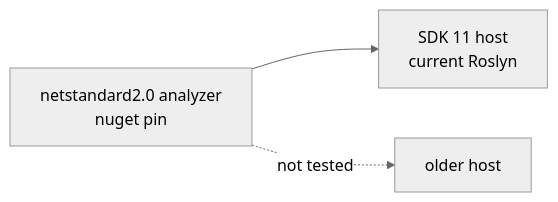
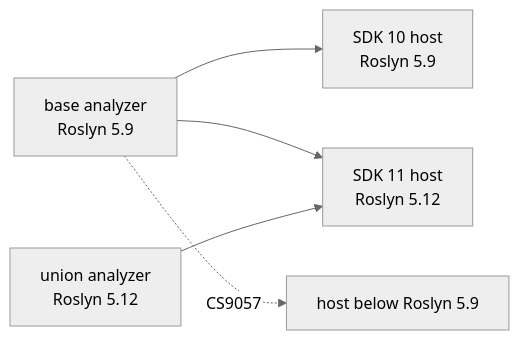
The diagram in lode/dotnet/net11-upgrade.md (e128/dotnet-reference), drawn with Mermaid (neutral theme) before and after one commit. The commit also changed other lines of this file and 30 other files, not shown here.

First line of the commit message:
feat(analyzers): split union rules into a Roslyn 5.12 assembly (#187)

````diff
--- a/lode/dotnet/net11-upgrade.md
+++ b/lode/dotnet/net11-upgrade.md
@@ -51,5 +54,7 @@
 ```mermaid
 flowchart LR
-    A[netstandard2.0 analyzer<br/>nuget pin] --> B[SDK 11 host<br/>current Roslyn]
-    A -.->|not tested| C[older host]
+    A[base analyzer<br/>Roslyn 5.9] --> B[SDK 10 host<br/>Roslyn 5.9]
+    A --> C[SDK 11 host<br/>Roslyn 5.12]
+    U[union analyzer<br/>Roslyn 5.12] --> C
+    A -.->|CS9057| D[host below Roslyn 5.9]
 ```
````
